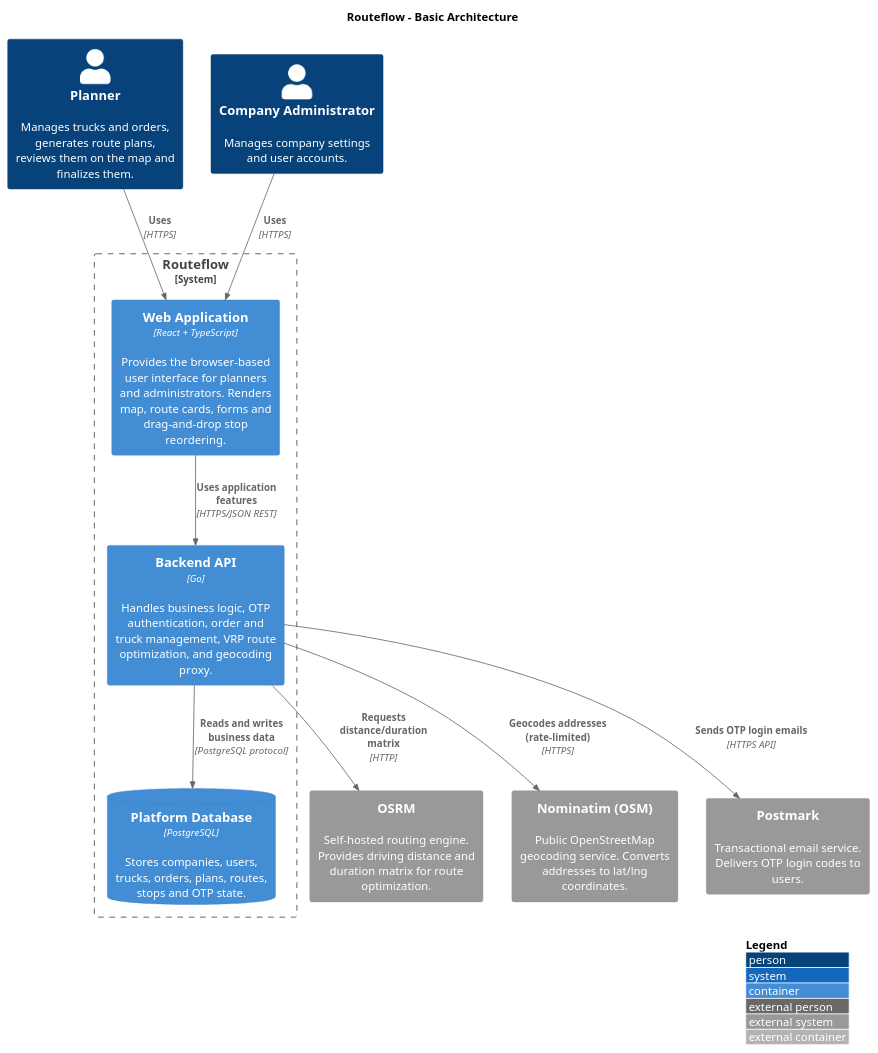
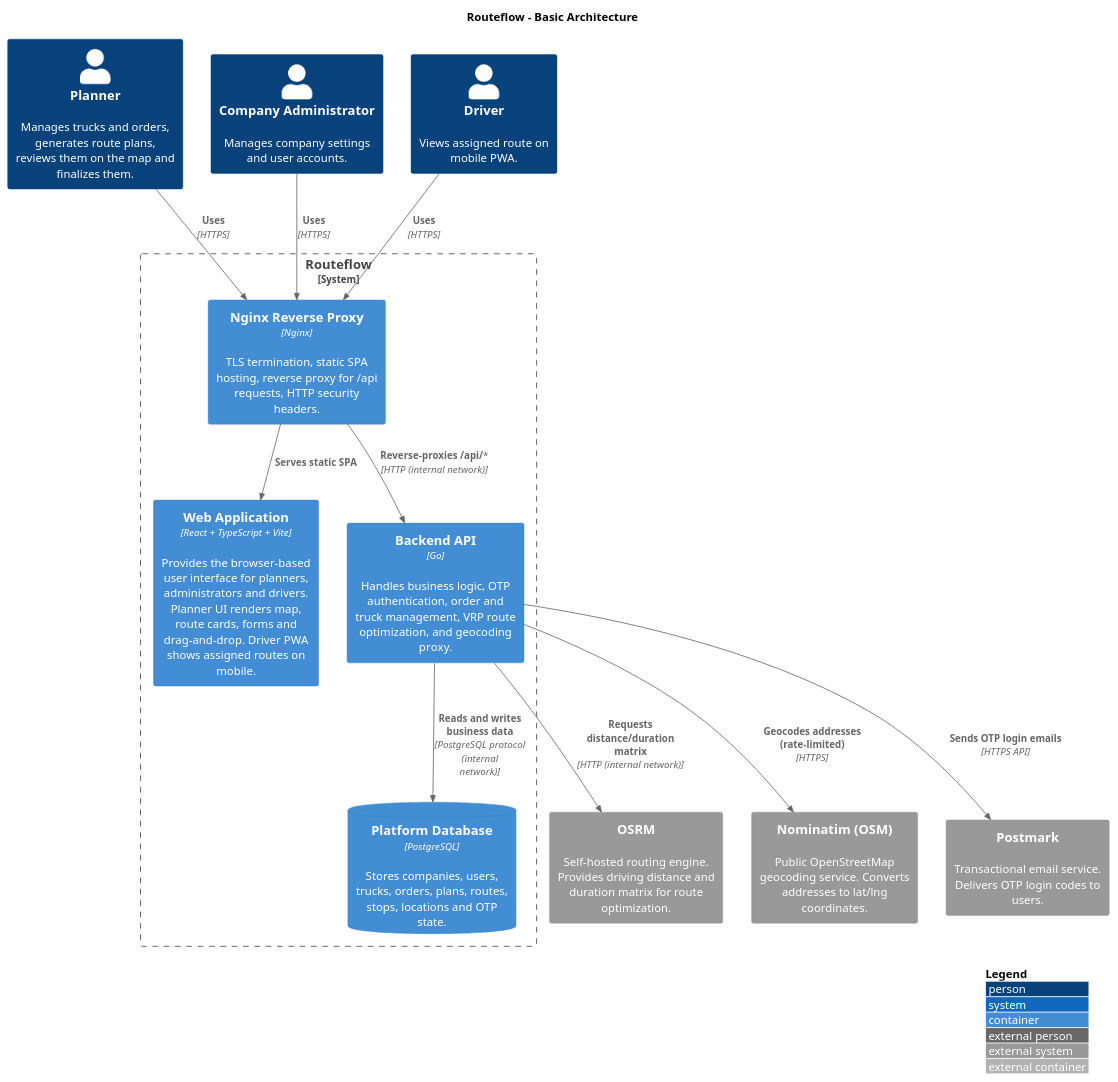
The first of 3 diagrams in technical-design/readme.md (softwharee/gradrepo), drawn with PlantUML before and after one commit. The commit also changed other lines of this file and 2 other files, not shown here.

````diff
--- a/technical-design/readme.md
+++ b/technical-design/readme.md
@@ -43,33 +40,37 @@
 ```plantuml
 @startuml C4_Container
 !include <C4/C4_Container>
 
 LAYOUT_WITH_LEGEND()
 
 title Routeflow - Basic Architecture
 
 Person(planner, "Planner", "Manages trucks and orders, generates route plans, reviews them on the map and finalizes them.")
 Person(admin, "Company Administrator", "Manages company settings and user accounts.")
+Person(driver, "Driver", "Views assigned route on mobile PWA.")
 
 System_Ext(osrm, "OSRM", "Self-hosted routing engine. Provides driving distance and duration matrix for route optimization.")
 System_Ext(nominatim, "Nominatim (OSM)", "Public OpenStreetMap geocoding service. Converts addresses to lat/lng coordinates.")
 System_Ext(postmark, "Postmark", "Transactional email service. Delivers OTP login codes to users.")
 
 System_Boundary(routeflow, "Routeflow") {
-    Container(webApp, "Web Application", "React + TypeScript", "Provides the browser-based user interface for planners and administrators. Renders map, route cards, forms and drag-and-drop stop reordering.")
+    Container(webApp, "Web Application", "React + TypeScript + Vite", "Provides the browser-based user interface for planners, administrators and drivers. Planner UI renders map, route cards, forms and drag-and-drop. Driver PWA shows assigned routes on mobile.")
+    Container(nginx, "Nginx Reverse Proxy", "Nginx", "TLS termination, static SPA hosting, reverse proxy for /api requests, HTTP security headers.")
     Container(apiApp, "Backend API", "Go", "Handles business logic, OTP authentication, order and truck management, VRP route optimization, and geocoding proxy.")
-    ContainerDb(mainDb, "Platform Database", "PostgreSQL", "Stores companies, users, trucks, orders, plans, routes, stops and OTP state.")
+    ContainerDb(mainDb, "Platform Database", "PostgreSQL", "Stores companies, users, trucks, orders, plans, routes, stops, locations and OTP state.")
 }
 
-Rel(planner, webApp, "Uses", "HTTPS")
-Rel(admin, webApp, "Uses", "HTTPS")
+Rel(planner, nginx, "Uses", "HTTPS")
+Rel(admin, nginx, "Uses", "HTTPS")
+Rel(driver, nginx, "Uses", "HTTPS")
 
-Rel(webApp, apiApp, "Uses application features", "HTTPS/JSON REST")
+Rel(nginx, webApp, "Serves static SPA")
+Rel(nginx, apiApp, "Reverse-proxies /api/*", "HTTP (internal network)")
 
-Rel(apiApp, mainDb, "Reads and writes business data", "PostgreSQL protocol")
-Rel(apiApp, osrm, "Requests distance/duration matrix", "HTTP")
+Rel(apiApp, mainDb, "Reads and writes business data", "PostgreSQL protocol (internal network)")
+Rel(apiApp, osrm, "Requests distance/duration matrix", "HTTP (internal network)")
 Rel(apiApp, nominatim, "Geocodes addresses (rate-limited)", "HTTPS")
 Rel(apiApp, postmark, "Sends OTP login emails", "HTTPS API")
 
 @enduml
 ```
````
